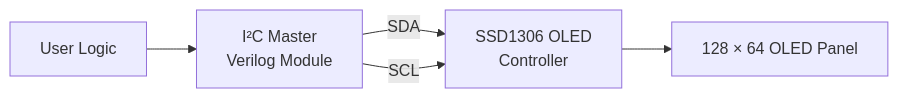
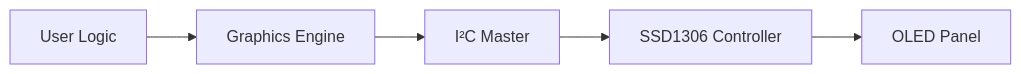
The first of 2 diagrams in README.md (z-tejaswi/OLED-Interfacing), drawn with Mermaid before and after one commit. The commit also changed other lines of this file, not shown here.

````diff
--- a/README.md
+++ b/README.md
@@ -669,18 +85,14 @@
 ```mermaid
 flowchart LR
 
-    USER[" User Logic"]
+    USER[User Logic]
+    GFX[Graphics Engine]
+    I2C[I²C Master]
+    OLED[SSD1306 Controller]
+    PANEL[OLED Panel]
 
-    I2C[" I²C Master<br/>Verilog Module"]
-
-    OLED[" SSD1306 OLED<br/>Controller"]
-
-    DISPLAY["128 × 64 OLED Panel"]
-
-    USER --> I2C
-
-    I2C -- SDA --> OLED
-    I2C -- SCL --> OLED
-
-    OLED --> DISPLAY
+    USER --> GFX
+    GFX --> I2C
+    I2C --> OLED
+    OLED --> PANEL
 ```
````
